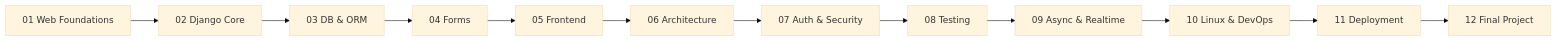
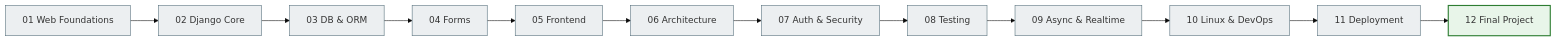
One commit to NikoriakViktot/notes_chat_app changed the diagram in docs/index.md. Above: the diagram before and after it, drawn with Mermaid (base theme). The commit also changed other lines of this file and 441 other files, not shown here.

First line of the commit message:
Add English version of the book, Mermaid standard, docs fixes

````diff
--- a/docs/index.md
+++ b/docs/index.md
@@ -9,14 +9,20 @@
 ```mermaid
 graph LR
     A["01 Web Foundations"] --> B["02 Django Core"]
     B --> C["03 DB & ORM"]
     C --> D["04 Forms"]
     D --> E["05 Frontend"]
     E --> F["06 Architecture"]
     F --> G["07 Auth & Security"]
     G --> H["08 Testing"]
     H --> I["09 Async & Realtime"]
     I --> J["10 Linux & DevOps"]
     J --> K["11 Deployment"]
     K --> L["12 Final Project"]
+
+    classDef step     fill:#eceff1,stroke:#546e7a,stroke-width:1px;
+    classDef success  fill:#e8f5e9,stroke:#2e7d32,stroke-width:2px;
+
+    class A,B,C,D,E,F,G,H,I,J,K step;
+    class L success;
 ```
````
